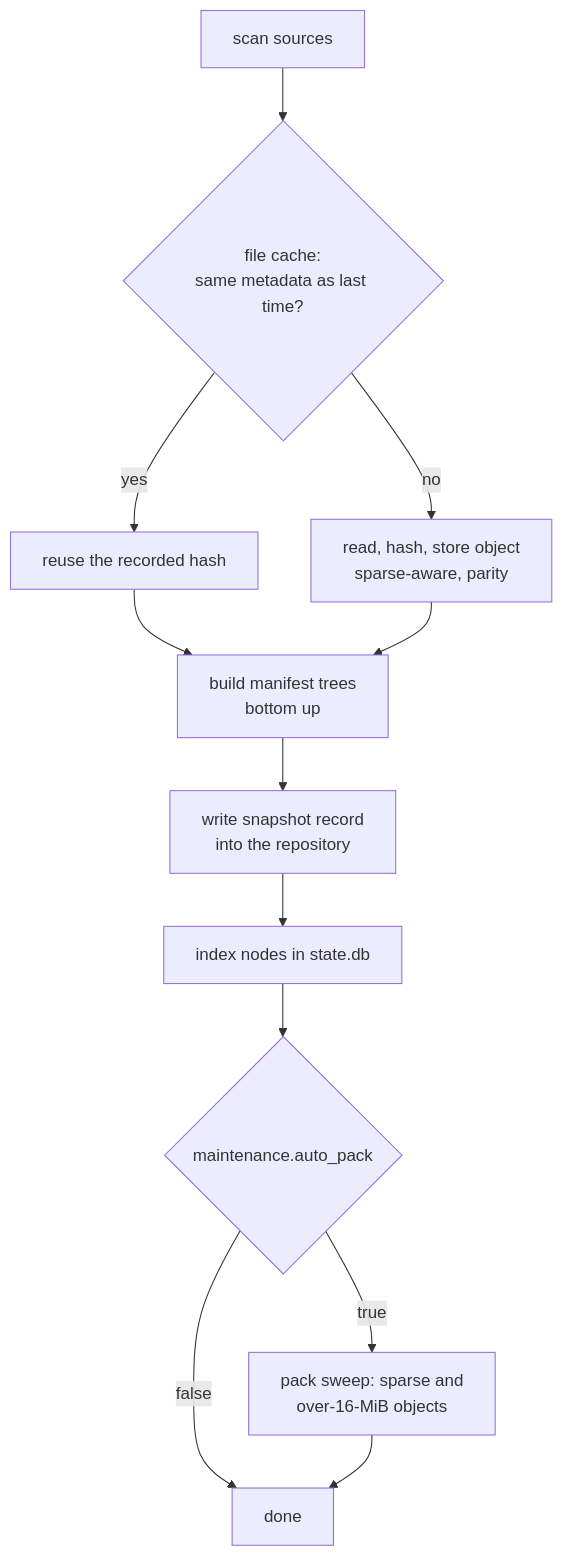
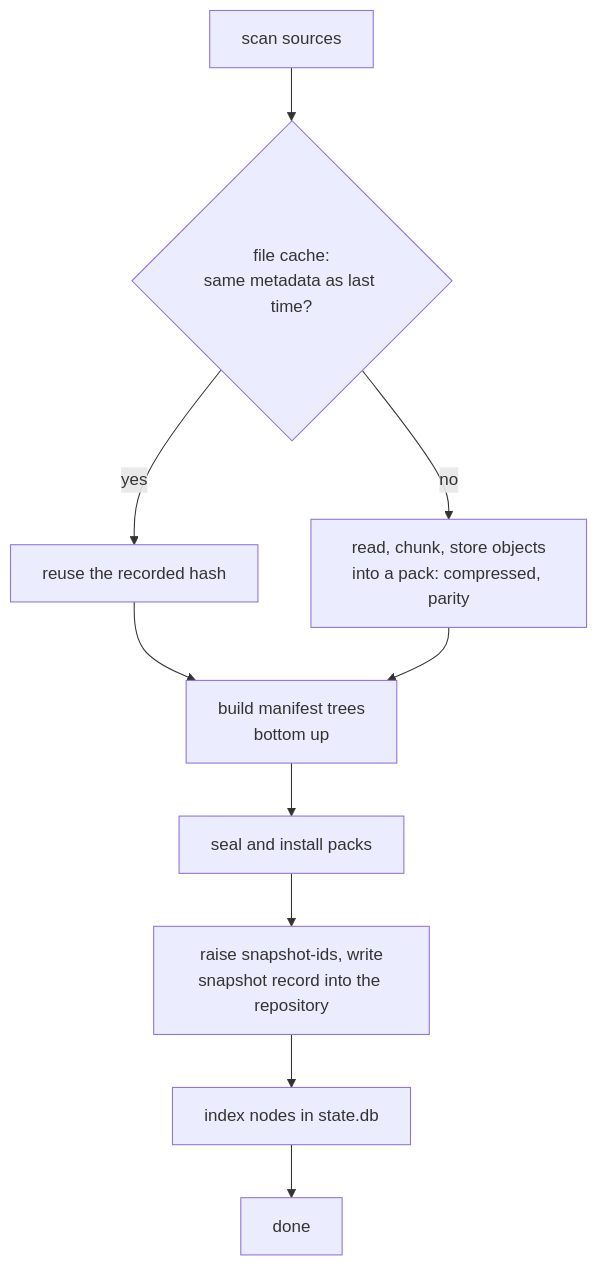
Before and after one commit to vifair22/c-backup: the third of 3 diagrams in Manual.md, drawn with Mermaid. The commit also changed other lines of this file and 10 other files, not shown here.

````diff
--- a/Manual.md
+++ b/Manual.md
@@ -692,14 +710,12 @@
 ```mermaid
 flowchart TD
   A[scan sources] --> B{file cache:<br/>same metadata as last time?}
   B -- yes --> C[reuse the recorded hash]
-  B -- no --> D[read, hash, store object<br/>sparse-aware, parity]
+  B -- no --> D[read, chunk, store objects<br/>into a pack: compressed, parity]
   C --> E[build manifest trees<br/>bottom up]
   D --> E
-  E --> F[write snapshot record<br/>into the repository]
+  E --> P[seal and install packs]
+  P --> F[raise snapshot-ids, write<br/>snapshot record into the repository]
   F --> G[index nodes in state.db]
-  G --> H{maintenance.auto_pack}
-  H -- true --> I[pack sweep: sparse and<br/>over-16-MiB objects]
-  H -- false --> J[done]
-  I --> J
+  G --> J[done]
 ```
````
